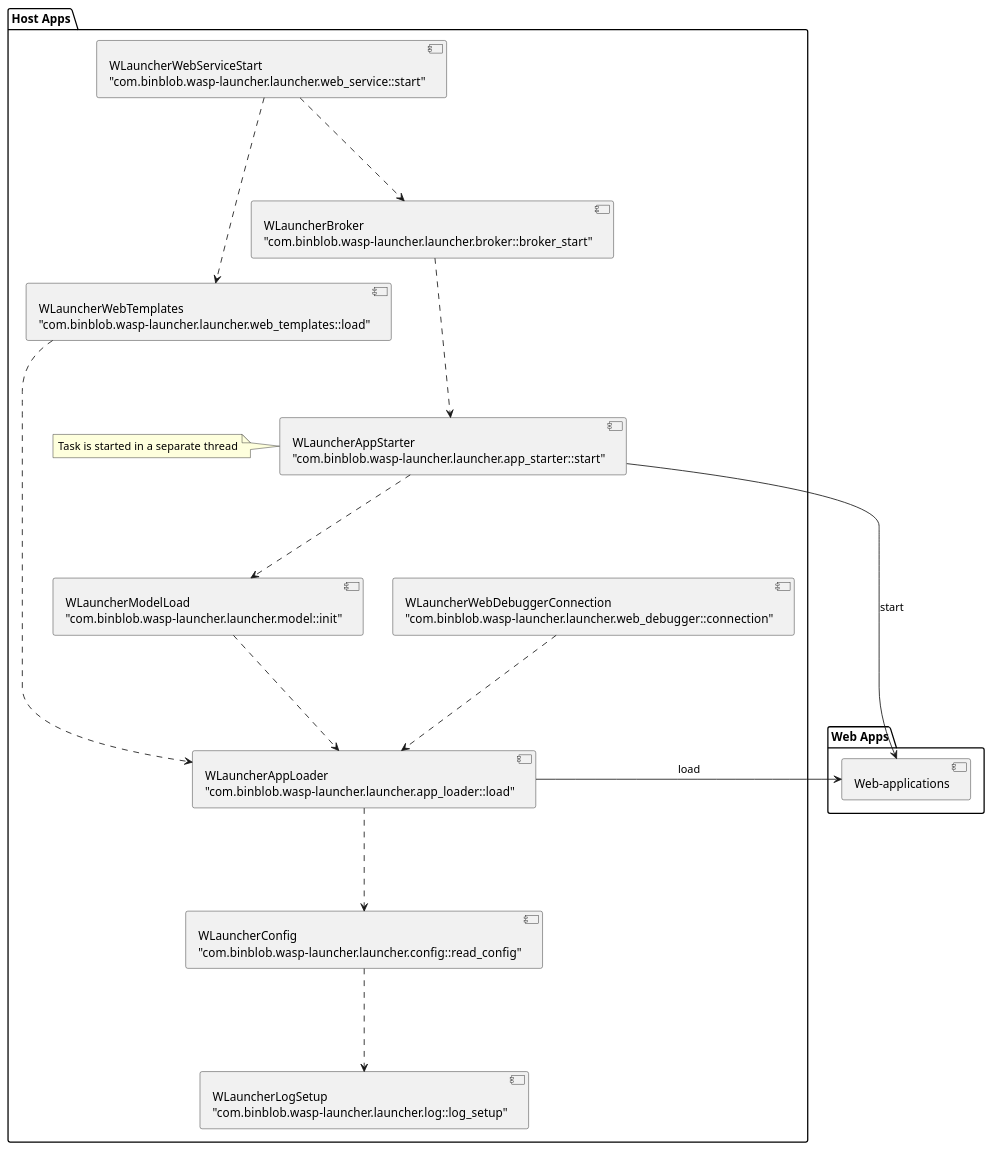
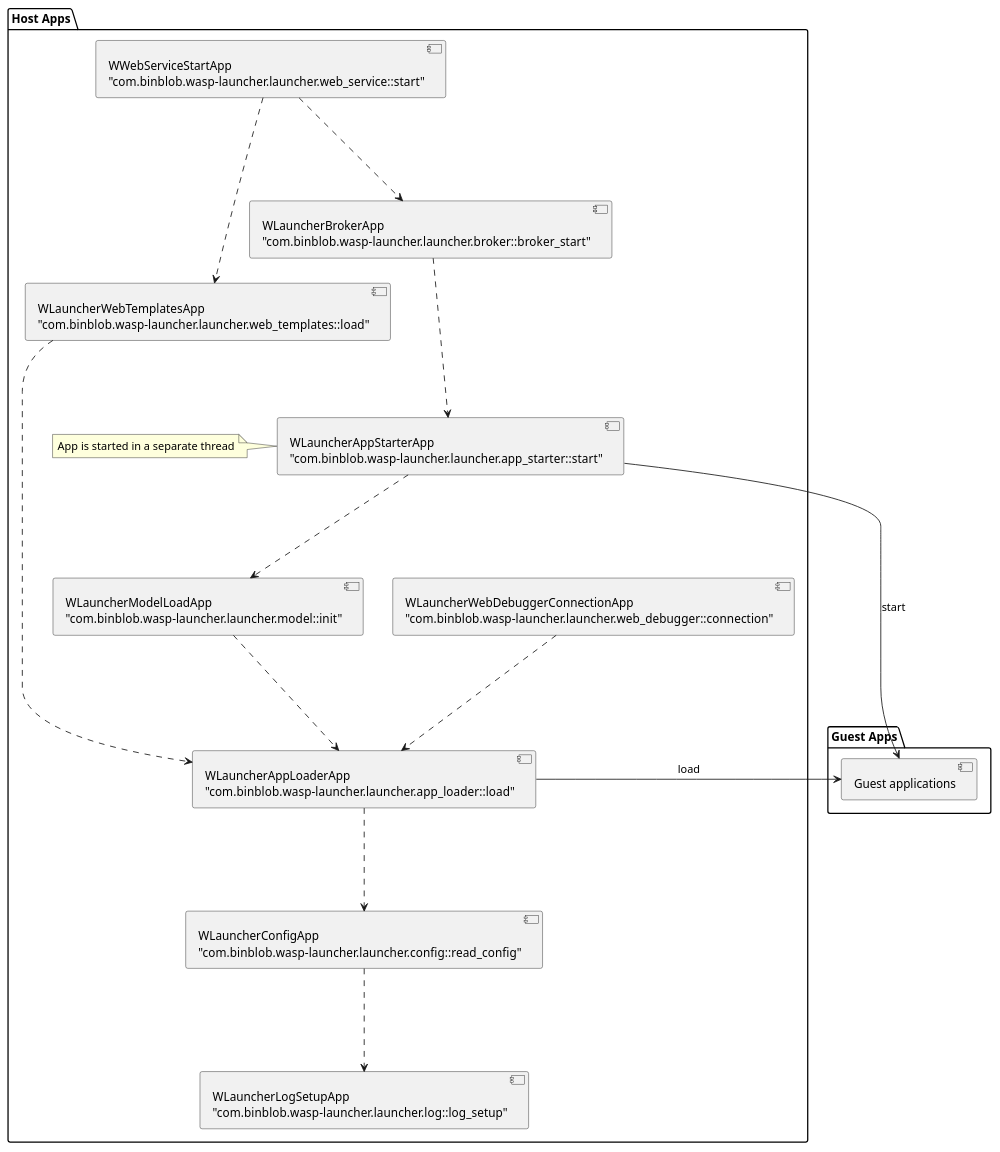
Before and after one commit to a1ezzz/wasp-launcher: the diagram in docs/sphinx/apps.puml, drawn with PlantUML. The commit also changed 19 other files, not shown here.

```diff
--- a/docs/sphinx/apps.puml
+++ b/docs/sphinx/apps.puml
@@ -1,74 +1,74 @@
 @startuml
 
 package "Host Apps" {
 component log [
-WLauncherLogSetup
+WLauncherLogSetupApp
 "com.binblob.wasp-launcher.launcher.log::log_setup"
 ]
 
 component config [
-WLauncherConfig
+WLauncherConfigApp
 "com.binblob.wasp-launcher.launcher.config::read_config"
 ]
 
 component loader [
-WLauncherAppLoader
+WLauncherAppLoaderApp
 "com.binblob.wasp-launcher.launcher.app_loader::load"
 ]
 
 component model [
-WLauncherModelLoad
+WLauncherModelLoadApp
 "com.binblob.wasp-launcher.launcher.model::init"
 ]
 
 component starter [
-WLauncherAppStarter
+WLauncherAppStarterApp
 "com.binblob.wasp-launcher.launcher.app_starter::start"
 ]
 
 note left of starter
-Task is started in a separate thread
+App is started in a separate thread
 end note
 
 component template [
-WLauncherWebTemplates
+WLauncherWebTemplatesApp
 "com.binblob.wasp-launcher.launcher.web_templates::load"
 ]
 
 component debugger [
-WLauncherWebDebuggerConnection
+WLauncherWebDebuggerConnectionApp
 "com.binblob.wasp-launcher.launcher.web_debugger::connection"
 ]
 
 component broker [
-WLauncherBroker
+WLauncherBrokerApp
 "com.binblob.wasp-launcher.launcher.broker::broker_start"
 ]
 
 component web_host [
-WLauncherWebServiceStart
+WWebServiceStartApp
 "com.binblob.wasp-launcher.launcher.web_service::start"
 ]
 
 config .-down-> log
 loader .-down-> config
 model .-down-> loader
 template .-down-> loader
 starter .-down-> model
 broker .-down-> starter
 web_host .-down-> broker
 web_host .-down-> template
 debugger .-down-> loader
 
 }
 
-package "Web Apps" {
-component web_apps [
-	Web-applications
+package "Guest Apps" {
+component guest_apps [
+	Guest applications
 ]
 
-loader -> web_apps: load
-starter -> web_apps: start
+loader -> guest_apps: load
+starter -> guest_apps: start
 }
 
 @enduml
```
